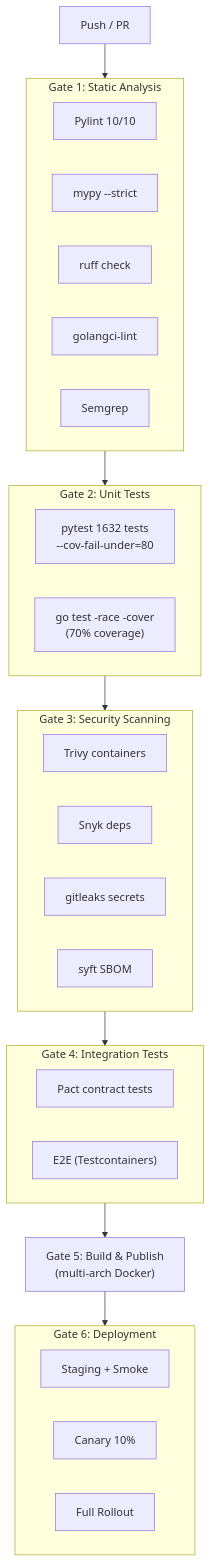
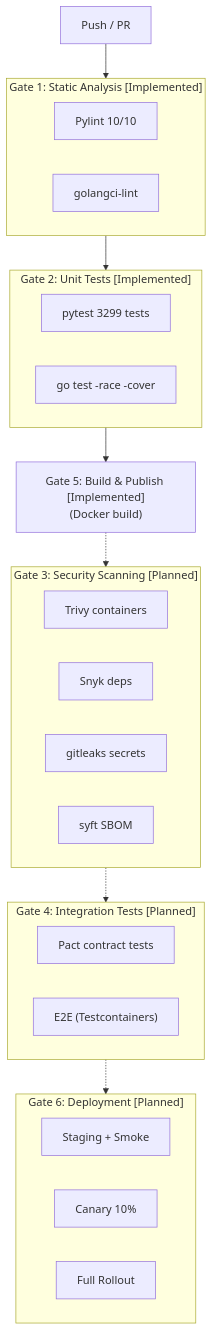
One commit to jdiitm/graphrag-architect changed the eighth of 10 diagrams in docs/SPEC.md. Above: the diagram before and after it, drawn with Mermaid. The commit also changed other lines of this file and 7 other files, not shown here.

````diff
--- a/docs/SPEC.md
+++ b/docs/SPEC.md
@@ -1688,35 +1724,32 @@
 ```mermaid
 flowchart TD
     Push["Push / PR"] --> G1
-    subgraph G1 ["Gate 1: Static Analysis"]
+    subgraph G1 ["Gate 1: Static Analysis [Implemented]"]
         Pylint["Pylint 10/10"]
-        Mypy["mypy --strict"]
-        Ruff["ruff check"]
         GolangciLint["golangci-lint"]
-        Semgrep["Semgrep"]
     end
     G1 --> G2
-    subgraph G2 ["Gate 2: Unit Tests"]
-        Py["pytest 1632 tests<br/>--cov-fail-under=80"]
-        Go["go test -race -cover<br/>(70% coverage)"]
+    subgraph G2 ["Gate 2: Unit Tests [Implemented]"]
+        Py["pytest 3299 tests"]
+        Go["go test -race -cover"]
     end
-    G2 --> G3
-    subgraph G3 ["Gate 3: Security Scanning"]
+    G2 --> G5["Gate 5: Build & Publish [Implemented]<br/>(Docker build)"]
+    G5 -.-> G3
+    subgraph G3 ["Gate 3: Security Scanning [Planned]"]
         Trivy["Trivy containers"]
         Snyk["Snyk deps"]
         Gitleaks["gitleaks secrets"]
         SBOM["syft SBOM"]
     end
-    G3 --> G4
-    subgraph G4 ["Gate 4: Integration Tests"]
+    G3 -.-> G4
+    subgraph G4 ["Gate 4: Integration Tests [Planned]"]
         Contract["Pact contract tests"]
         E2E["E2E (Testcontainers)"]
     end
-    G4 --> G5["Gate 5: Build & Publish<br/>(multi-arch Docker)"]
-    G5 --> G6
-    subgraph G6 ["Gate 6: Deployment"]
+    G4 -.-> G6
+    subgraph G6 ["Gate 6: Deployment [Planned]"]
         Staging["Staging + Smoke"]
         Canary["Canary 10%"]
         Full["Full Rollout"]
     end
 ```
````
